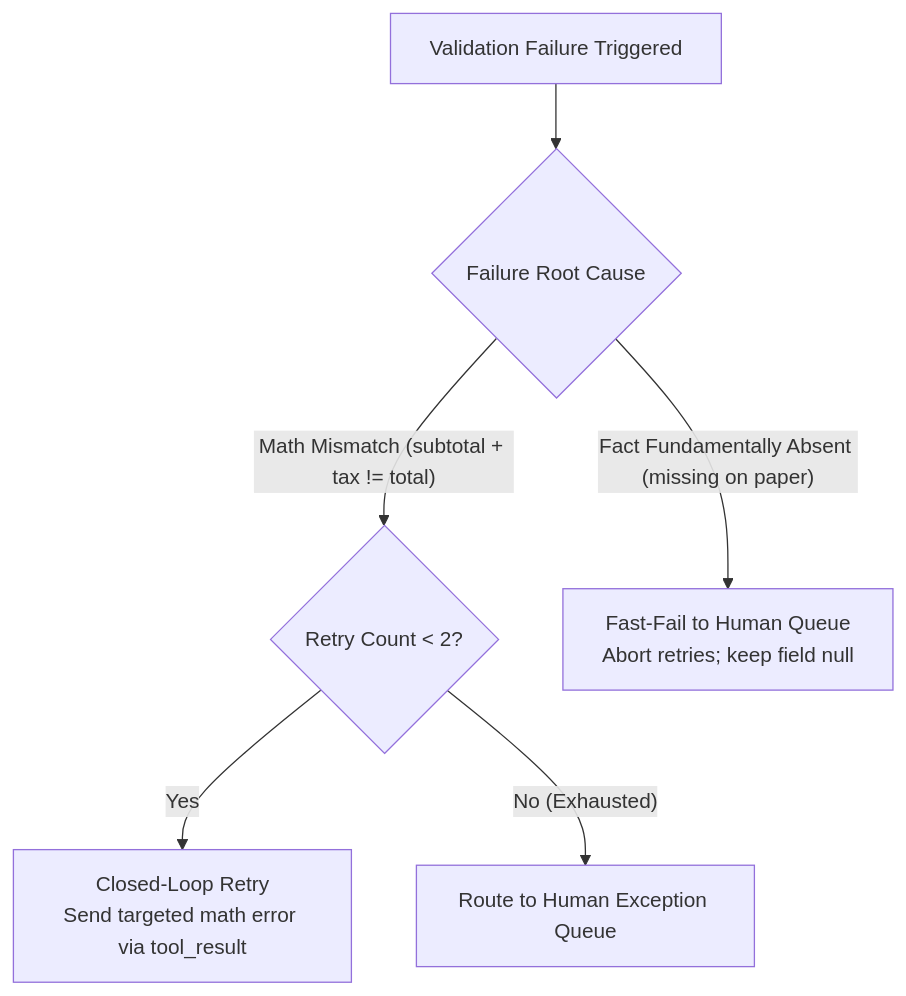
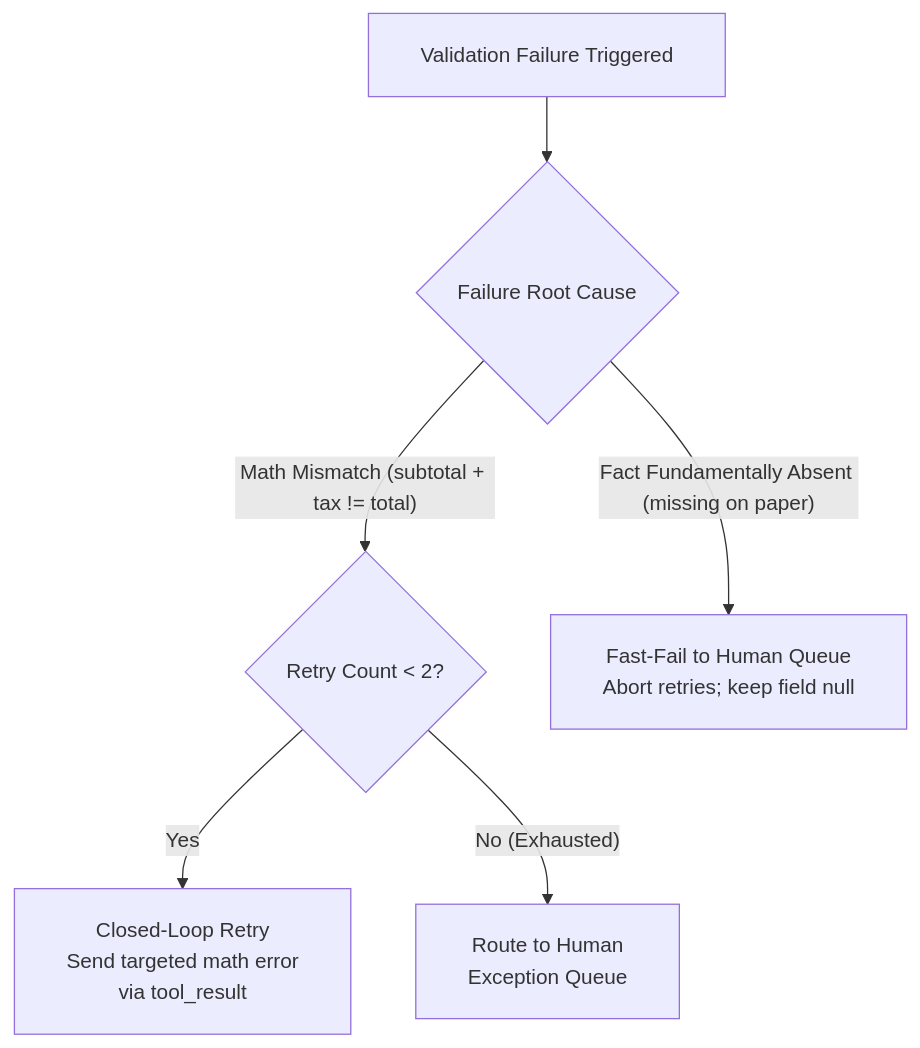
Before and after one commit to dip4k/claude_cert_architect_foundation_prep: the second of 3 diagrams in scenarios/scenario_6_structured_data_extraction/SCENARIO_GUIDE.md, drawn with Mermaid. The commit also changed other lines of this file and 31 other files, not shown here.

First line of the commit message:
docs(diagrams): fix text trimming, padding, and layout in all mermaid diagrams

````diff
--- a/scenarios/scenario_6_structured_data_extraction/SCENARIO_GUIDE.md
+++ b/scenarios/scenario_6_structured_data_extraction/SCENARIO_GUIDE.md
@@ -178,11 +179,12 @@
 ```mermaid
+%%{init: {"flowchart": {"htmlLabels": true, "padding": 20}}}%%
 flowchart TD
     ValidationError["Validation Failure Triggered"] --> FailureType{"Failure Root Cause"}
     
     FailureType -- "Math Mismatch (subtotal + tax != total)" --> RetryCheck{"Retry Count < 2?"}
     
-    RetryCheck -- "Yes" --> SendRetry["Closed-Loop Retry<br/>Send targeted math error via tool_result"]
-    RetryCheck -- "No (Exhausted)" --> HumanQueue["Route to Human Exception Queue"]
+    RetryCheck -- "Yes" --> SendRetry["Closed-Loop Retry<br/>Send targeted math error<br/>via tool_result"]
+    RetryCheck -- "No (Exhausted)" --> HumanQueue["Route to Human<br/>Exception Queue"]
     
     FailureType -- "Fact Fundamentally Absent (missing on paper)" --> FastFail["Fast-Fail to Human Queue<br/>Abort retries; keep field null"]
 ```
````
